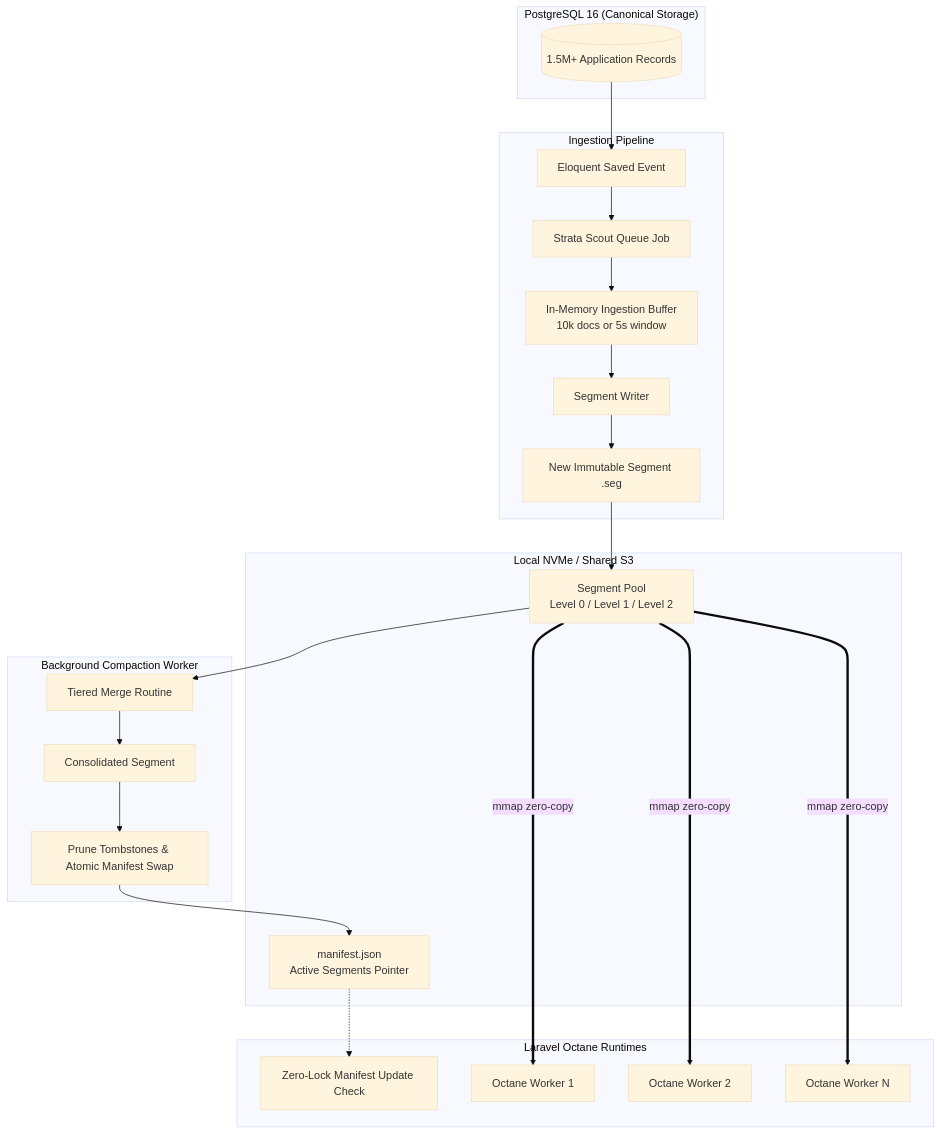
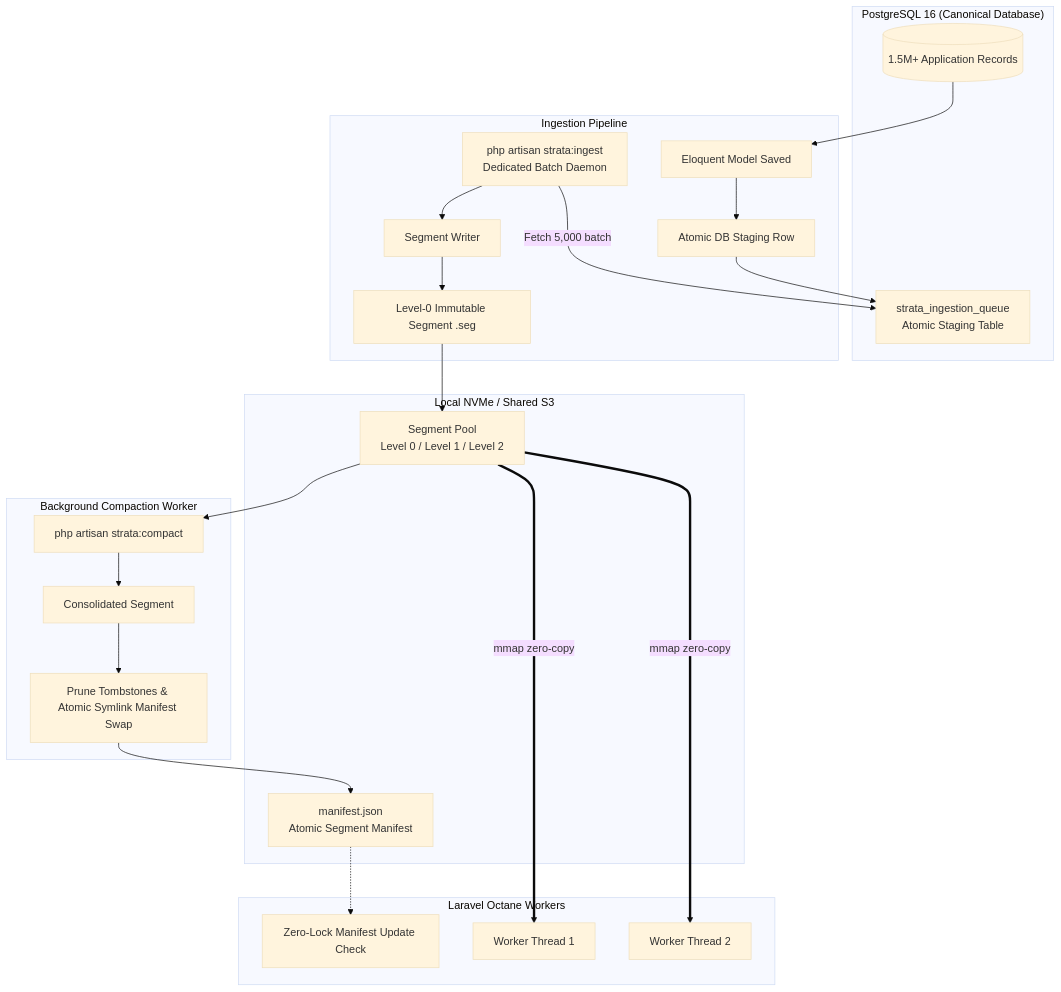
One commit to zerakjamil/strata changed the diagram in concepts_brief.md. Above: the diagram before and after it, drawn with Mermaid (base theme). The commit also changed other lines of this file, not shown here.

````diff
--- a/concepts_brief.md
+++ b/concepts_brief.md
@@ -72,34 +96,35 @@
 ```mermaid
 flowchart TD
-    subgraph PostgreSQL ["PostgreSQL 16 (Canonical Storage)"]
+    subgraph PostgreSQL ["PostgreSQL 16 (Canonical Database)"]
         DB[(1.5M+ Application Records)]
+        QueueTable[strata_ingestion_queue\nAtomic Staging Table]
     end
 
     subgraph Ingestion ["Ingestion Pipeline"]
-        Trigger[Eloquent Saved Event] --> ScoutQueue[Strata Scout Queue Job]
-        ScoutQueue --> BatchBuffer[In-Memory Ingestion Buffer\n10k docs or 5s window]
-        BatchBuffer --> SegWriter[Segment Writer]
-        SegWriter --> NewSeg[New Immutable Segment .seg]
+        Model[Eloquent Model Saved] --> Staging[Atomic DB Staging Row]
+        Staging --> QueueTable
+        IngestDaemon[php artisan strata:ingest\nDedicated Batch Daemon] -->|Fetch 5,000 batch| QueueTable
+        IngestDaemon --> SegWriter[Segment Writer]
+        SegWriter --> NewSeg[Level-0 Immutable Segment .seg]
     end
 
     subgraph Storage ["Local NVMe / Shared S3"]
         NewSeg --> DiskPool[Segment Pool\nLevel 0 / Level 1 / Level 2]
-        Manifest[manifest.json\nActive Segments Pointer]
+        Manifest[manifest.json\nAtomic Segment Manifest]
     end
 
     subgraph Compactor ["Background Compaction Worker"]
-        DiskPool --> CompactionDaemon[Tiered Merge Routine]
+        DiskPool --> CompactionDaemon[php artisan strata:compact]
         CompactionDaemon --> MergedSeg[Consolidated Segment]
-        MergedSeg --> Prune[Prune Tombstones & Atomic Manifest Swap]
+        MergedSeg --> Prune[Prune Tombstones & Atomic Symlink Manifest Swap]
         Prune --> Manifest
     end
 
-    subgraph Octane ["Laravel Octane Runtimes"]
+    subgraph Octane ["Laravel Octane Workers"]
         Manifest -.-> HotReload[Zero-Lock Manifest Update Check]
-        DiskPool ==>|mmap zero-copy| Worker1[Octane Worker 1]
-        DiskPool ==>|mmap zero-copy| Worker2[Octane Worker 2]
-        DiskPool ==>|mmap zero-copy| WorkerN[Octane Worker N]
+        DiskPool ==>|mmap zero-copy| Worker1[Worker Thread 1]
+        DiskPool ==>|mmap zero-copy| Worker2[Worker Thread 2]
     end
 
-    DB --> Trigger
+    DB --> Model
 ```
````
